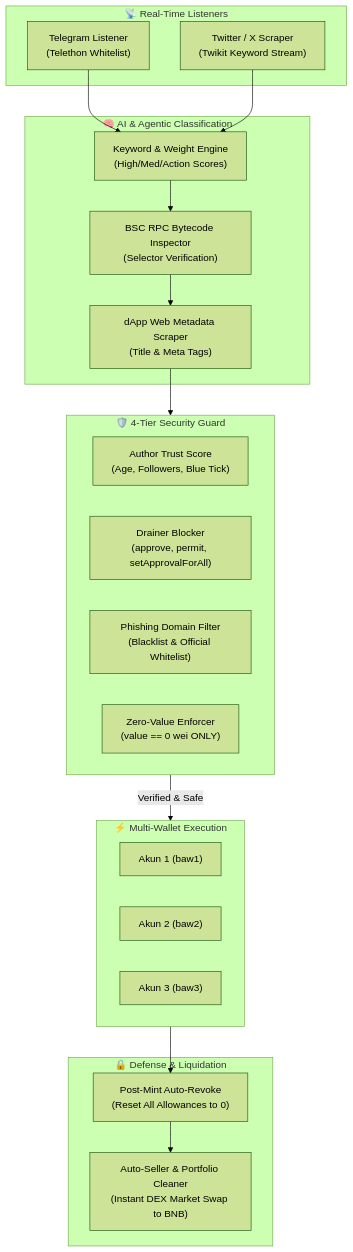
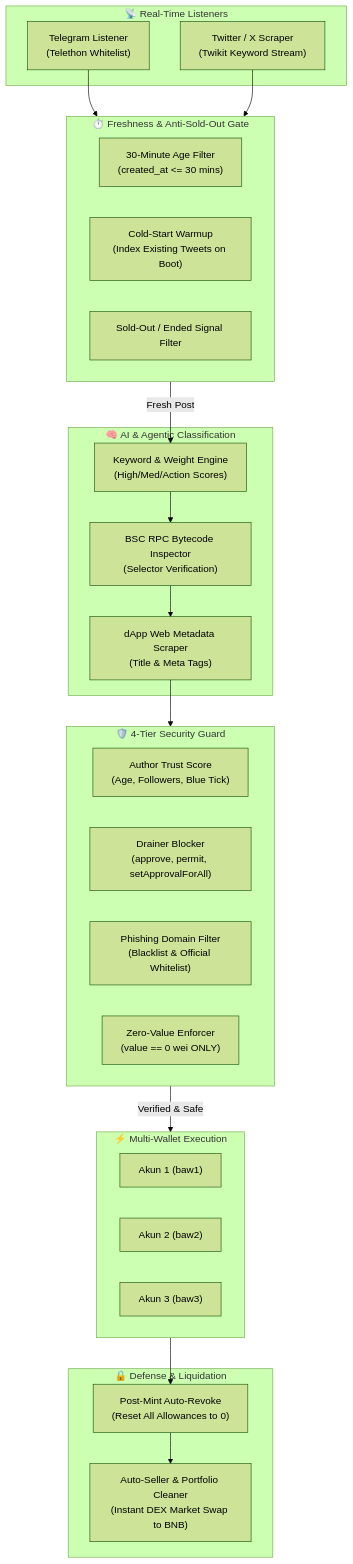
Before and after one commit to SiNopaal/Binance-Agentic-Wallet: the diagram in README.md, drawn with Mermaid (forest theme). The commit also changed other lines of this file and 5 other files, not shown here.

Commit message:
feat: add 30-minute tweet freshness filter, cold-start warmup, and sold-out detection

````diff
--- a/README.md
+++ b/README.md
@@ -30,39 +30,46 @@
 ```mermaid
 flowchart TD
     subgraph DataSources["📡 Real-Time Listeners"]
         TG["Telegram Listener\n(Telethon Whitelist)"]
         X["Twitter / X Scraper\n(Twikit Keyword Stream)"]
+    end
+
+    subgraph FreshnessGate["⏱️ Freshness & Anti-Sold-Out Gate"]
+        F1["30-Minute Age Filter\n(created_at <= 30 mins)"]
+        F2["Cold-Start Warmup\n(Index Existing Tweets on Boot)"]
+        F3["Sold-Out / Ended Signal Filter"]
     end
 
     subgraph DetectionEngine["🧠 AI & Agentic Classification"]
         D1["Keyword & Weight Engine\n(High/Med/Action Scores)"]
         D2["BSC RPC Bytecode Inspector\n(Selector Verification)"]
         D3["dApp Web Metadata Scraper\n(Title & Meta Tags)"]
     end
 
     subgraph SecurityGuard["🛡️ 4-Tier Security Guard"]
         S1["Author Trust Score\n(Age, Followers, Blue Tick)"]
         S2["Drainer Blocker\n(approve, permit, setApprovalForAll)"]
         S3["Phishing Domain Filter\n(Blacklist & Official Whitelist)"]
         S4["Zero-Value Enforcer\n(value == 0 wei ONLY)"]
     end
 
     subgraph Execution["⚡ Multi-Wallet Execution"]
         BAW1["Akun 1 (baw1)"]
         BAW2["Akun 2 (baw2)"]
         BAW3["Akun 3 (baw3)"]
     end
 
     subgraph PostExecution["🔒 Defense & Liquidation"]
         REV["Post-Mint Auto-Revoke\n(Reset All Allowances to 0)"]
         SELL["Auto-Seller & Portfolio Cleaner\n(Instant DEX Market Swap to BNB)"]
     end
 
-    TG --> D1
-    X --> D1
+    TG --> FreshnessGate
+    X --> FreshnessGate
+    FreshnessGate -->|Fresh Post| D1
     D1 --> D2 --> D3
     D3 --> SecurityGuard
     SecurityGuard -->|Verified & Safe| Execution
     Execution --> REV
     REV --> SELL
 ```
````
